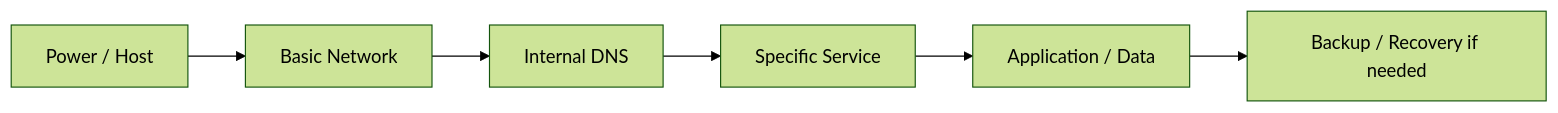
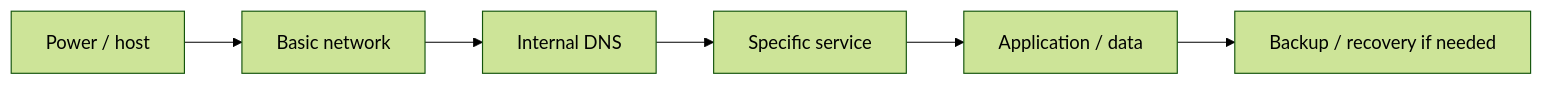
Before and after one commit to Nicolasperaltait/homelab: the diagram in docs/en/04-operations-runbook.md, drawn with Mermaid (forest theme). The commit also changed other lines of this file and 16 other files, not shown here.

````diff
--- a/docs/en/04-operations-runbook.md
+++ b/docs/en/04-operations-runbook.md
@@ -18,8 +27,8 @@
 ```mermaid
 flowchart LR
-    A[Power / Host] --> B[Basic Network]
+    A[Power / host] --> B[Basic network]
     B --> C[Internal DNS]
-    C --> D[Specific Service]
-    D --> E[Application / Data]
-    E --> F[Backup / Recovery if needed]
+    C --> D[Specific service]
+    D --> E[Application / data]
+    E --> F[Backup / recovery if needed]
 ```
````
